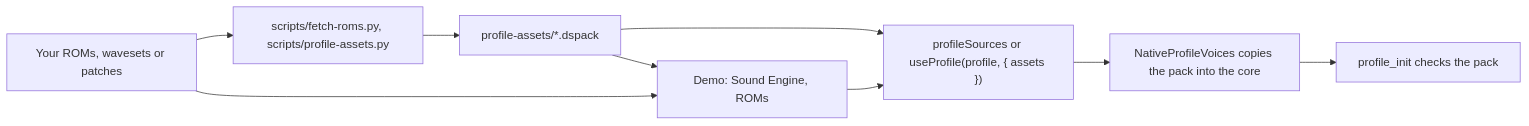
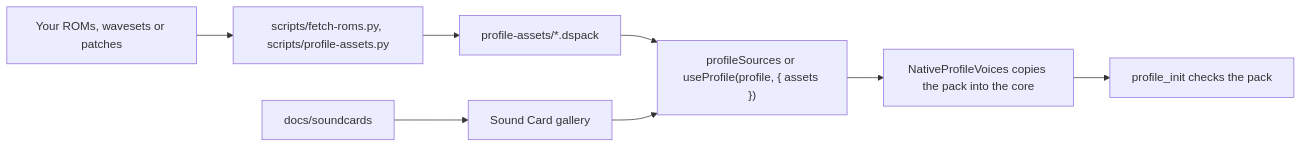
The diagram in HARDWARE_PROFILES.md (kyr0/defuss-midi-synth), drawn with Mermaid before and after one commit. The commit also changed other lines of this file and 10479 other files, not shown here.

First line of the commit message:
Expand the game and computer music crates and update sound card playback

````diff
--- a/HARDWARE_PROFILES.md
+++ b/HARDWARE_PROFILES.md
@@ -30,11 +30,10 @@
 ```mermaid
 flowchart LR
   files["Your ROMs, wavesets or patches"] --> scripts["scripts/fetch-roms.py, scripts/profile-assets.py"]
   scripts --> pack["profile-assets/*.dspack"]
   pack --> api["profileSources or useProfile(profile, { assets })"]
-  pack --> page["Demo: Sound Engine, ROMs"]
-  files --> page
+  gallery["docs/soundcards"] --> page["Sound Card gallery"]
   page --> api
   api --> host["NativeProfileVoices copies the pack into the core"]
   host --> init["profile_init checks the pack"]
 ```
````
